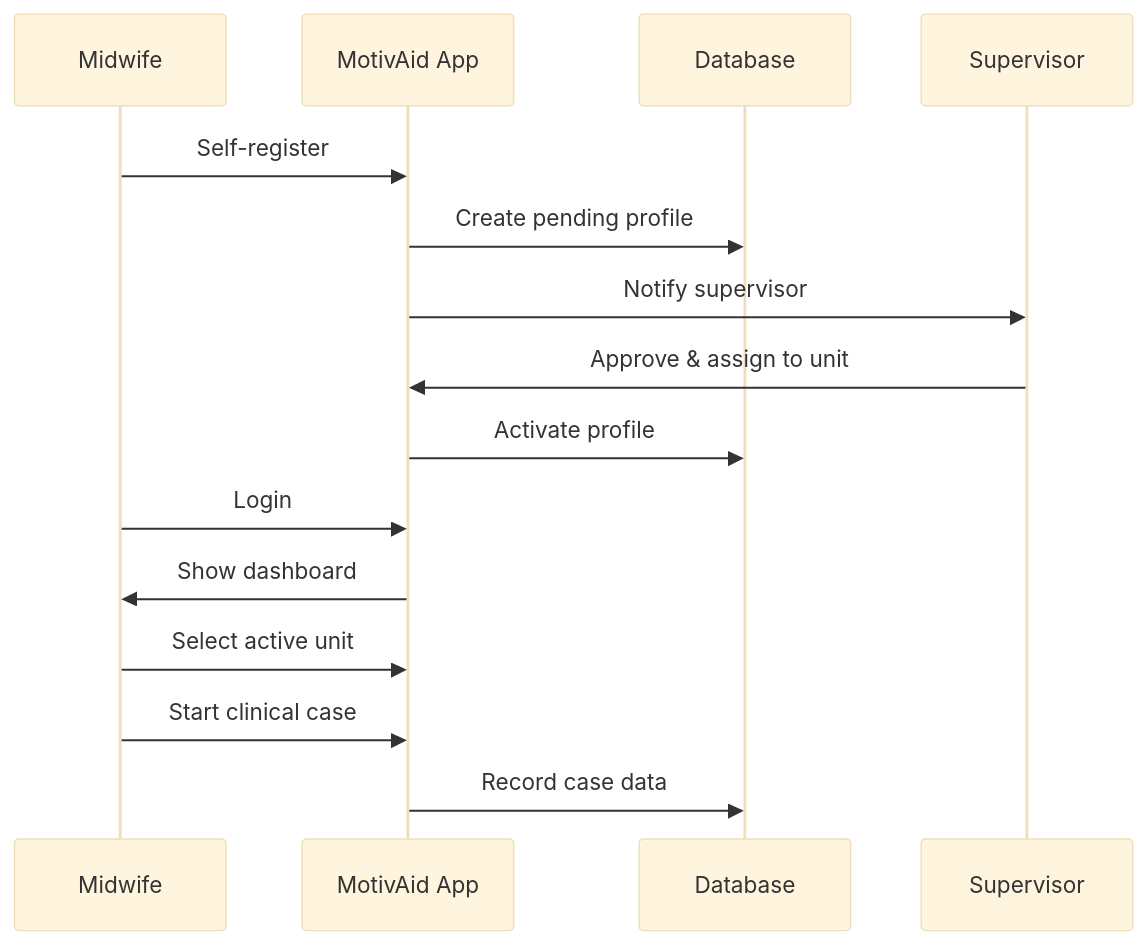
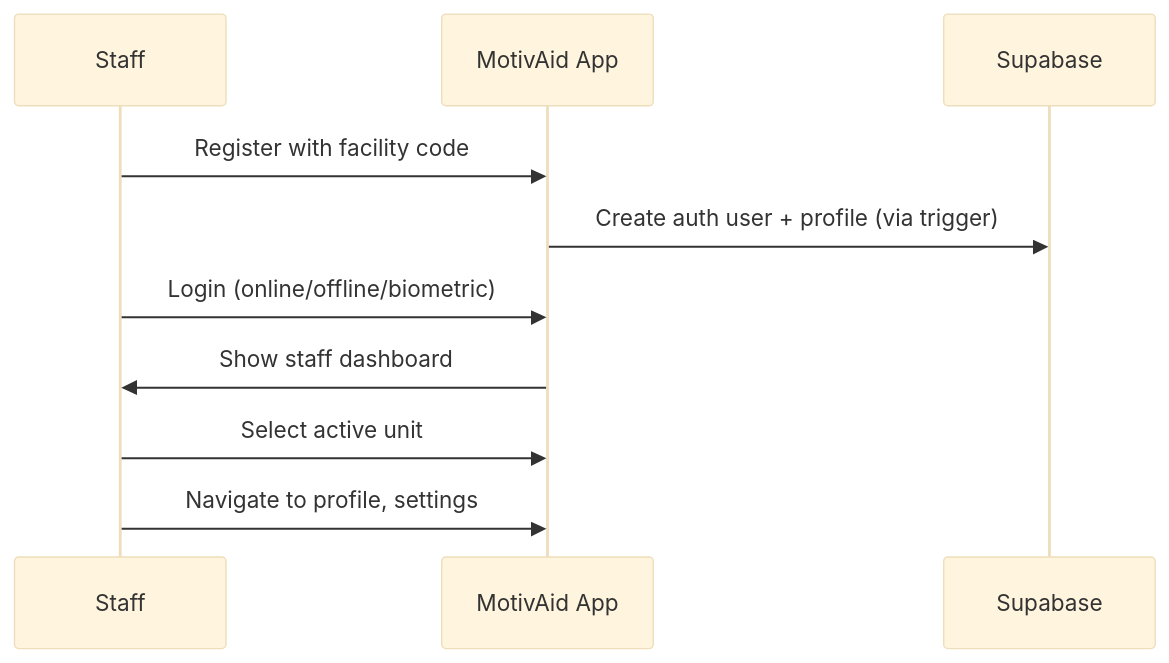
Before and after one commit to Abdulhalim7177/MotivAid-Native: the second of 3 diagrams in docs/SYSTEM_DESCRIPTION.md, drawn with Mermaid (base theme). The commit also changed other lines of this file and 14 other files, not shown here.

````diff
--- a/docs/SYSTEM_DESCRIPTION.md
+++ b/docs/SYSTEM_DESCRIPTION.md
@@ -67,18 +65,13 @@
 ```mermaid
 sequenceDiagram
-    participant M as Midwife
+    participant S as Staff
     participant App as MotivAid App
-    participant DB as Database
-    participant S as Supervisor
+    participant DB as Supabase
 
-    M->>App: Self-register
-    App->>DB: Create pending profile
-    App->>S: Notify supervisor
-    S->>App: Approve & assign to unit
-    App->>DB: Activate profile
-    M->>App: Login
-    App->>M: Show dashboard
-    M->>App: Select active unit
-    M->>App: Start clinical case
-    App->>DB: Record case data
+    S->>App: Register with facility code
+    App->>DB: Create auth user + profile (via trigger)
+    S->>App: Login (online/offline/biometric)
+    App->>S: Show staff dashboard
+    S->>App: Select active unit
+    S->>App: Navigate to profile, settings
 ```
````
